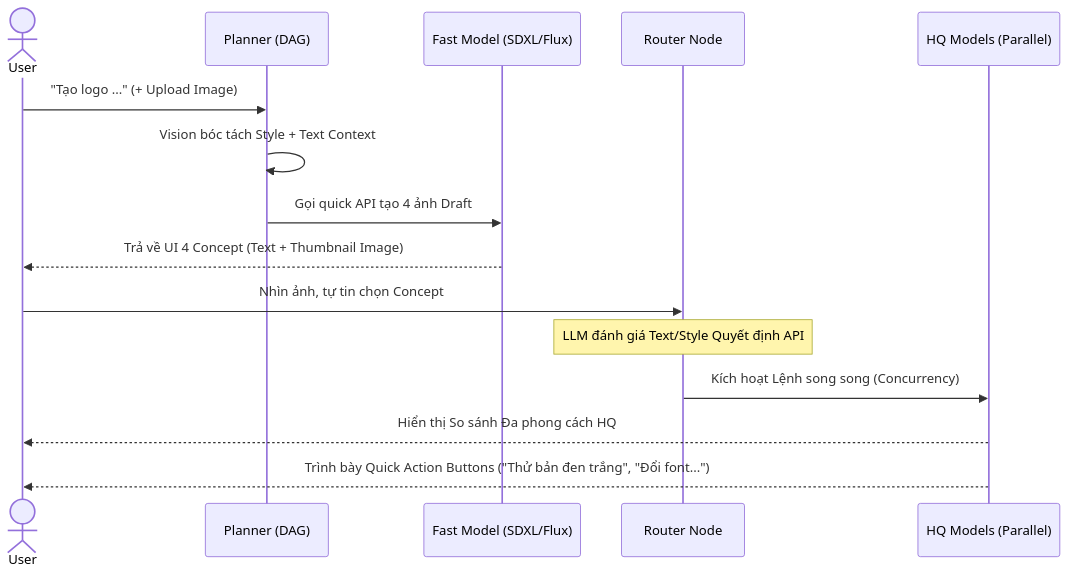
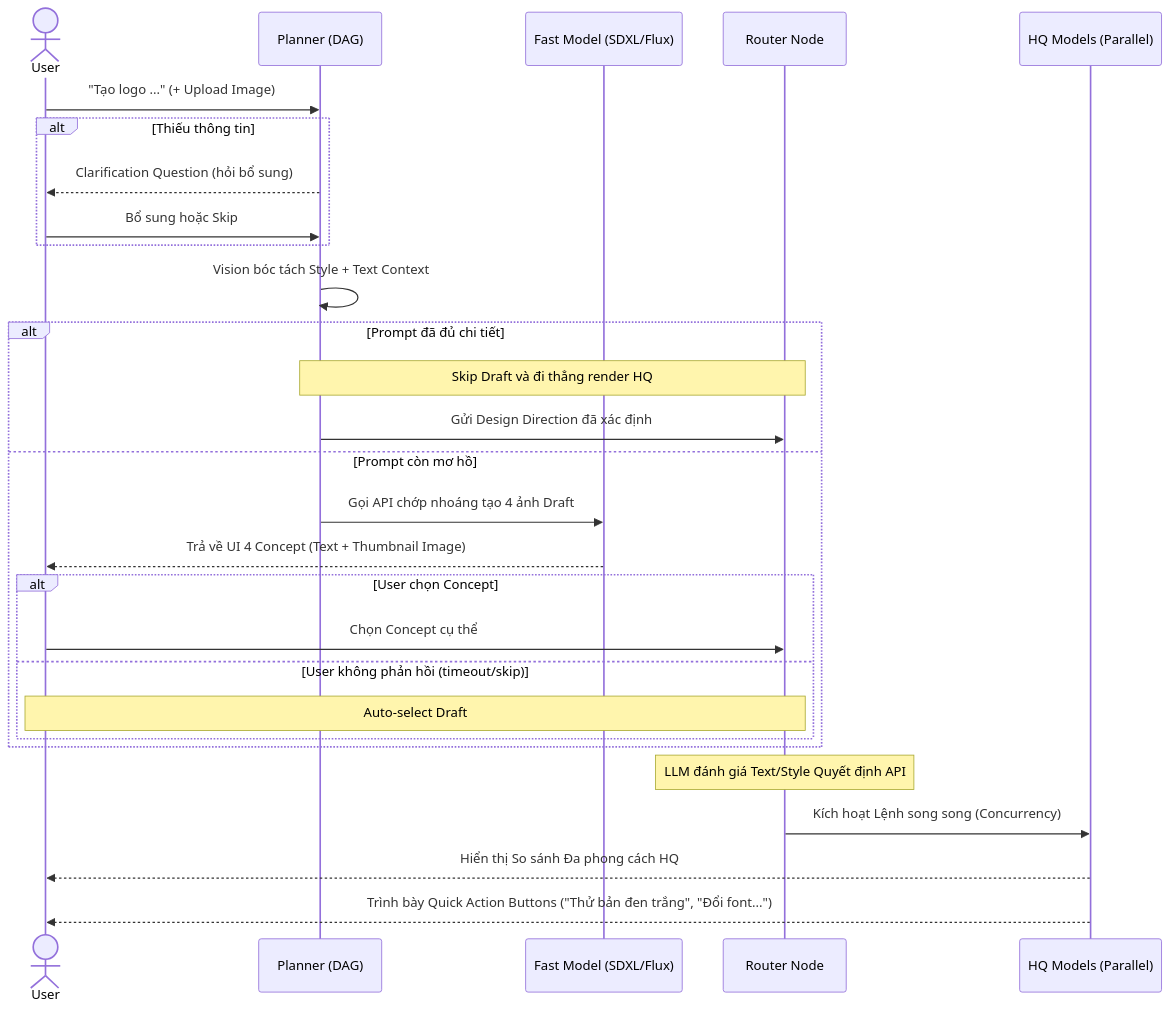
Before and after one commit to Ne4nf/Agent-Memory: the second of 2 diagrams in architecture.md, drawn with Mermaid. The commit also changed other lines of this file, not shown here.

Commit message:
Revise architecture.md for AI Logo Design Agent
Update architecture document to include detailed analysis and proposed improvements for AI Logo Design Agent.

````diff
--- a/architecture.md
+++ b/architecture.md
@@ -74,19 +78,35 @@
 ```mermaid
 sequenceDiagram
     actor U as User
     participant P as Planner (DAG)
     participant Draft as Fast Model (SDXL/Flux)
     participant R as Router Node
     participant HQ as HQ Models (Parallel)
 
     U->>P: "Tạo logo ..." (+ Upload Image)
-    P->>P: Vision bóc tách Style + Text Context
-    P->>Draft: Gọi quick API tạo 4 ảnh Draft
-    Draft-->>U:  Trả về UI 4 Concept (Text + Thumbnail Image)
-    
-    U->>R: Nhìn ảnh, tự tin chọn Concept #2
+   alt Thiếu thông tin
+      P-->>U: Clarification Question (hỏi bổ sung)
+      U->>P: Bổ sung hoặc Skip
+   end
+
+   P->>P: Vision bóc tách Style + Text Context
+
+   alt Prompt đã đủ chi tiết
+      Note over P,R: Skip Draft và đi thẳng render HQ
+      P->>R: Gửi Design Direction đã xác định
+   else Prompt còn mơ hồ
+      P->>Draft: Gọi API chớp nhoáng tạo 4 ảnh Draft
+      Draft-->>U: Trả về UI 4 Concept (Text + Thumbnail Image)
+
+      alt User chọn Concept
+         U->>R: Chọn Concept cụ thể
+      else User không phản hồi (timeout/skip)
+         Note over U,R: Auto-select Draft #1 (default)
+      end
+   end
+
     Note over R: LLM đánh giá Text/Style Quyết định API
     R->>HQ: Kích hoạt Lệnh song song (Concurrency)
     HQ-->>U: Hiển thị So sánh Đa phong cách HQ
     HQ-->>U: Trình bày Quick Action Buttons ("Thử bản đen trắng", "Đổi font...")
 ```
````
